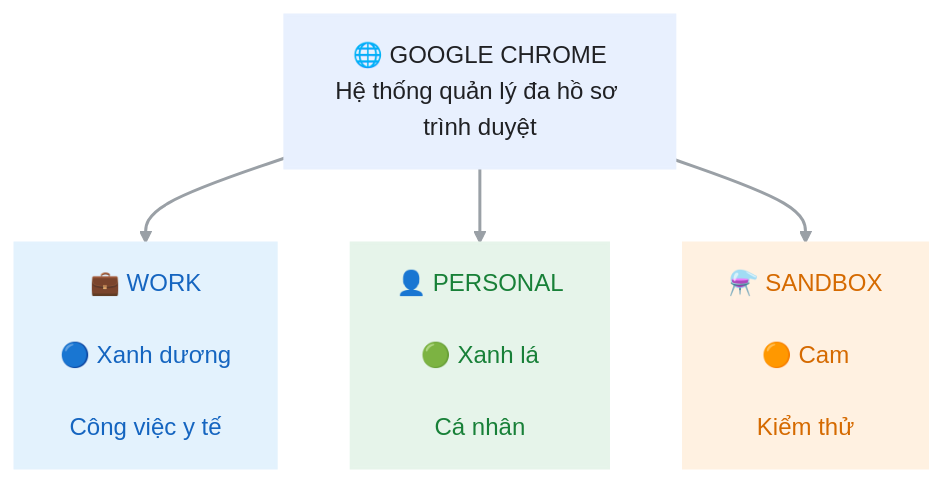
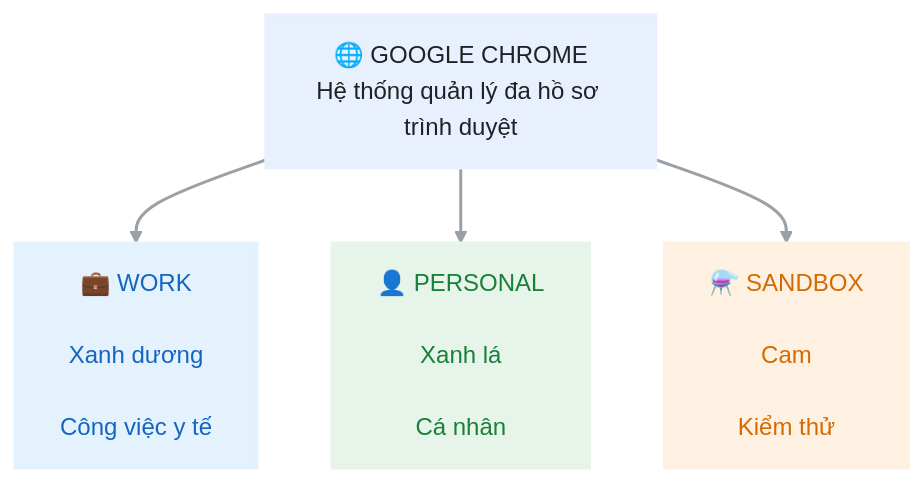
The diagram in README.md (Duyanh2k8/HCM-KS26-CNTT1_NMCNTT_Session16_Ex09), drawn with Mermaid before and after one commit.

Commit message:
Update flowchart labels in README.md

````diff
--- a/README.md
+++ b/README.md
@@ -24,20 +24,20 @@
 ```mermaid
 flowchart TB
   A["🌐 GOOGLE CHROME<br/>Hệ thống quản lý đa hồ sơ trình duyệt"]
 
-  A --> B["💼 WORK<br/><br/>🔵 Xanh dương<br/><br/>Công việc y tế"]
-  A --> C["👤 PERSONAL<br/><br/>🟢 Xanh lá<br/><br/>Cá nhân"]
-  A --> D["⚗️ SANDBOX<br/><br/>🟠 Cam<br/><br/>Kiểm thử"]
+  A --> B["💼 WORK<br/><br/>Xanh dương<br/><br/>Công việc y tế"]
+  A --> C["👤 PERSONAL<br/><br/>Xanh lá<br/><br/>Cá nhân"]
+  A --> D["⚗️ SANDBOX<br/><br/>Cam<br/><br/>Kiểm thử"]
 
   classDef chrome fill:#E8F0FE,stroke:#E8F0FE,color:#202124,stroke-width:2px
   classDef work fill:#E3F2FD,stroke:#E3F2FD,color:#1565C0,stroke-width:2px
   classDef personal fill:#E6F4EA,stroke:#E6F4EA,color:#188038,stroke-width:2px
   classDef sandbox fill:#FFF1E1,stroke:#FFF1E1,color:#D56A00,stroke-width:2px
 
   class A chrome
   class B work
   class C personal
   class D sandbox
 
   linkStyle default stroke:#9AA0A6,stroke-width:2px
 ```
````
